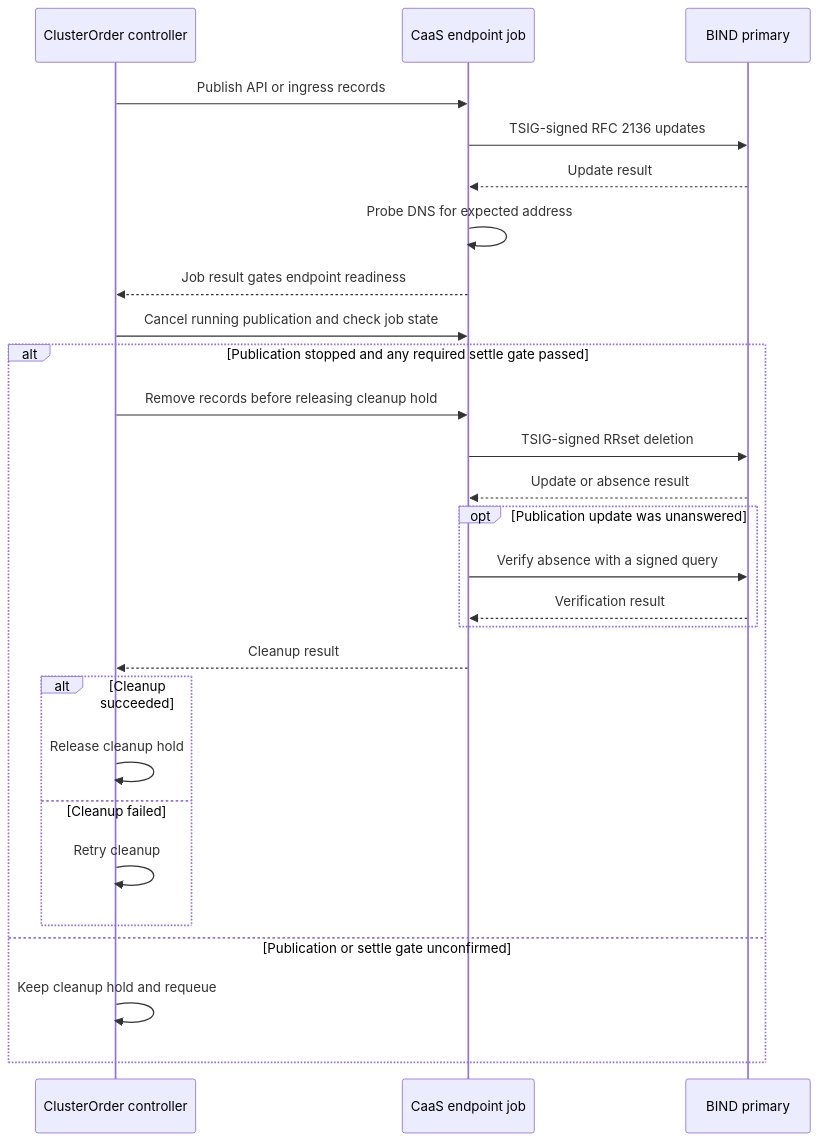
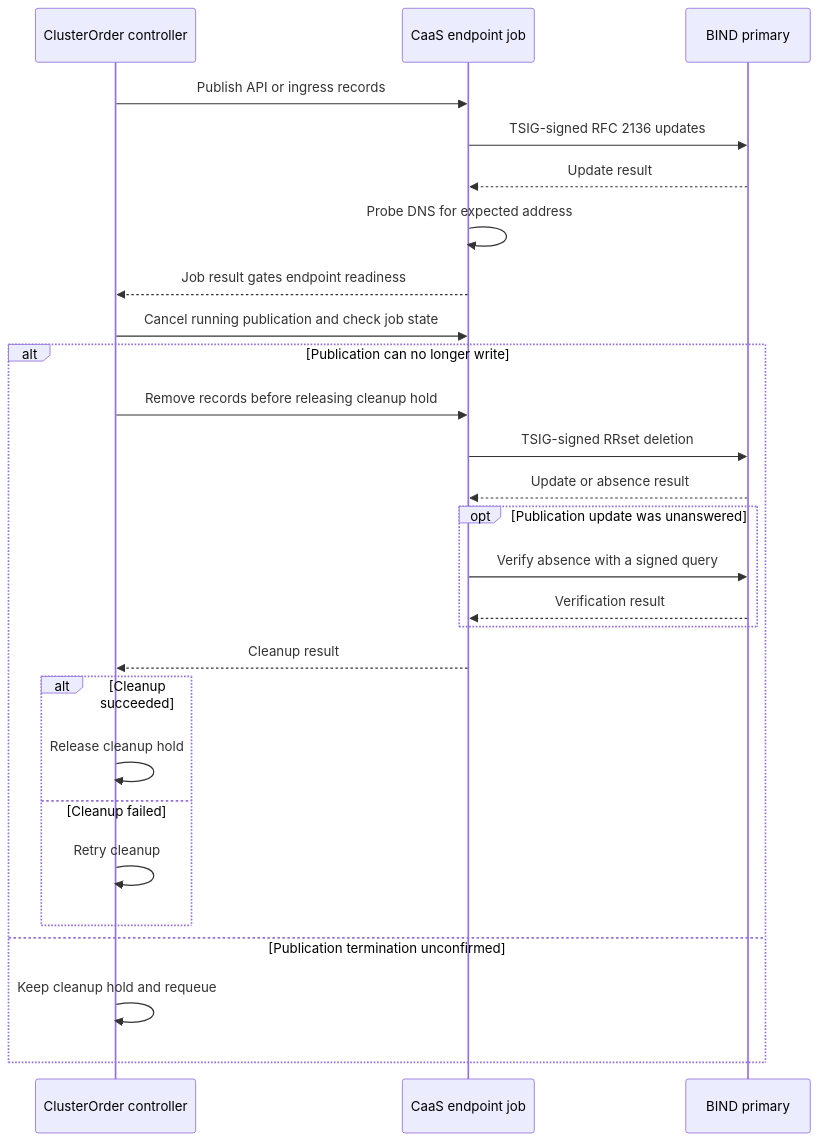
Before and after one commit to osac-project/enhancement-proposals: the diagram in enhancements/OSAC-2281-local-dns-backend-bind/design.md, drawn with Mermaid. The commit also changed other lines of this file and 1 other file, not shown here.

````diff
--- a/enhancements/OSAC-2281-local-dns-backend-bind/design.md
+++ b/enhancements/OSAC-2281-local-dns-backend-bind/design.md
@@ -103,29 +102,29 @@
 ```mermaid
 sequenceDiagram
     participant CO as ClusterOrder controller
     participant AAP as CaaS endpoint job
     participant DNS as BIND primary
     CO->>AAP: Publish API or ingress records
     AAP->>DNS: TSIG-signed RFC 2136 updates
     DNS-->>AAP: Update result
     AAP->>AAP: Probe DNS for expected address
     AAP-->>CO: Job result gates endpoint readiness
     CO->>AAP: Cancel running publication and check job state
-    alt Publication stopped and any required settle gate passed
+    alt Publication can no longer write
         CO->>AAP: Remove records before releasing cleanup hold
         AAP->>DNS: TSIG-signed RRset deletion
         DNS-->>AAP: Update or absence result
         opt Publication update was unanswered
             AAP->>DNS: Verify absence with a signed query
             DNS-->>AAP: Verification result
         end
         AAP-->>CO: Cleanup result
         alt Cleanup succeeded
             CO->>CO: Release cleanup hold
         else Cleanup failed
             CO->>CO: Retry cleanup
         end
-    else Publication or settle gate unconfirmed
+    else Publication termination unconfirmed
         CO->>CO: Keep cleanup hold and requeue
     end
 ```
````
